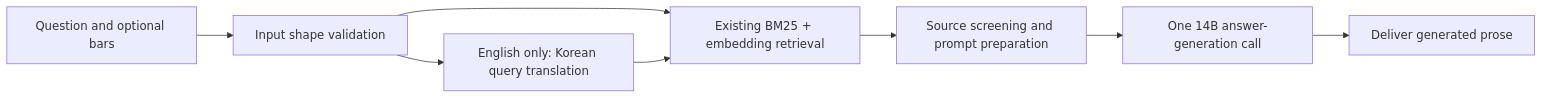
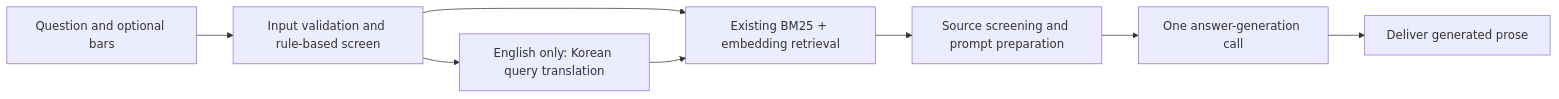
Before and after one commit to minigb/soprano-qa-rag-system: the first of 2 diagrams in docs/rag-llm-pipeline-method.md, drawn with Mermaid. The commit also changed other lines of this file and 49 other files, not shown here.

First line of the commit message:
Keep one single-pass pipeline and make the answer model a setting

````diff
--- a/docs/rag-llm-pipeline-method.md
+++ b/docs/rag-llm-pipeline-method.md
@@ -11,10 +12,10 @@
 ```mermaid
 flowchart LR
-    A[Question and optional bars] --> B[Input shape validation]
+    A[Question and optional bars] --> B[Input validation and rule-based screen]
     B --> C[English only: Korean query translation]
     B --> D[Existing BM25 + embedding retrieval]
     C --> D
     D --> E[Source screening and prompt preparation]
-    E --> F[One 14B answer-generation call]
+    E --> F[One answer-generation call]
     F --> G[Deliver generated prose]
 ```
````
